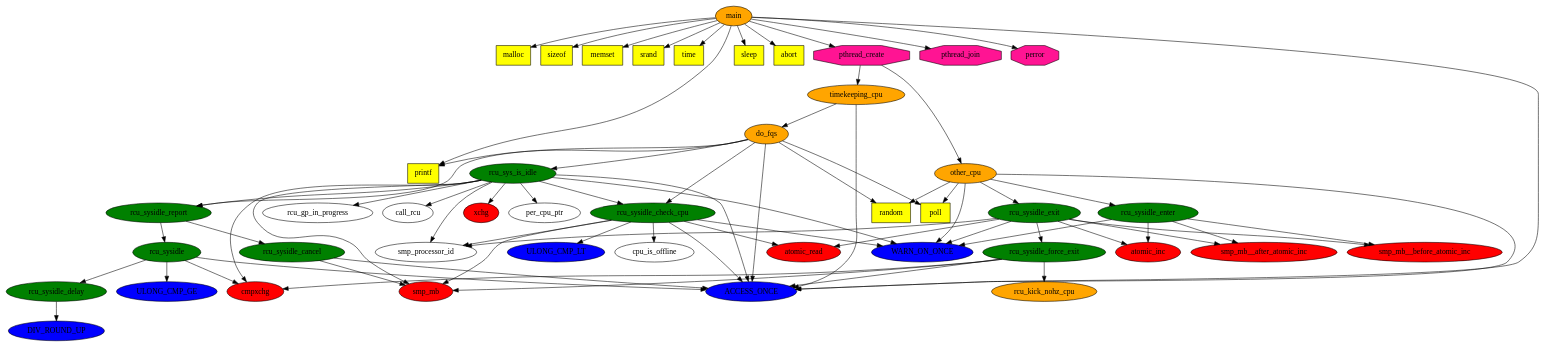
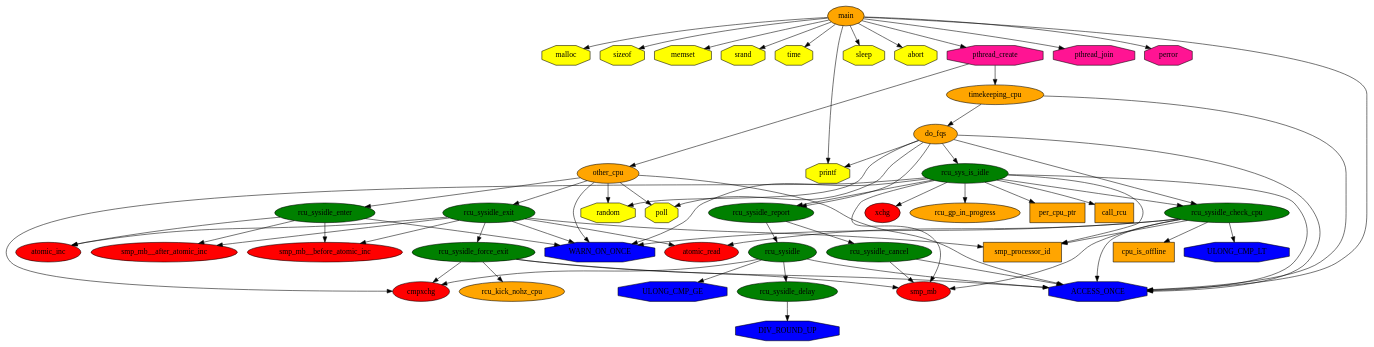
One commit to IanBriggs/Verification-Challenge-2-RCU-NO_HZ_FULL_SYSIDLE changed the diagram in src/sysidle/call_graph.dot. Above: the diagram before and after it, drawn with Graphviz.

Commit message:
coloring finished

```diff
--- a/src/sysidle/call_graph.dot
+++ b/src/sysidle/call_graph.dot
@@ -1,115 +1,123 @@
 digraph {
 
 
 // standard c calls
-{ node [shape=box style=filled fillcolor=yellow]
+{ node [shape=octagon style=filled fillcolor=yellow]
     malloc
     sizeof
     memset
     srand
     time 
     printf
     sleep
     abort
     printf
     random
     poll
 }
 
 // pthread calls
 { node [shape=octagon style=filled fillcolor=deeppink]
     pthread_create
     pthread_join
     perror
 }
 
 // kernel programming calls
-{ node [shape=oval style=filled fillcolor=blue]
+{ node [shape=octagon style=filled fillcolor=blue]
     ACCESS_ONCE
     WARN_ON_ONCE
     ULONG_CMP_LT
     ULONG_CMP_GE
     DIV_ROUND_UP
 }
 
-// testing code calls
+// sysidle.c
 { node [shape=oval style=filled fillcolor=orange]
     main
     timekeeping_cpu
     other_cpu
     do_fqs
     rcu_kick_nohz_cpu
+    rcu_gp_in_progress
 }
+
+// fake.h
+{ node [shape=box style=filled fillcolor=orange]
+    per_cpu_ptr
+    call_rcu
+    cpu_is_offline
+    smp_processor_id
+ }
 
 // sysidle (proper) calls
 { node [shape=oval style=filled fillcolor=green]
     rcu_sys_is_idle
     rcu_sysidle_check_cpu
     rcu_sysidle_report
     rcu_sysidle_enter
     rcu_sysidle_exit
     rcu_sysidle_force_exit
     rcu_sysidle
     rcu_sysidle_cancel
     rcu_sysidle_delay
 }
 
 // assembly/gcc builtin calls
 { node [shape=oval style=filled fillcolor=red]
-   smp_mb
-   xchg
-   cmpxchg
-   smp_mb__before_atomic_inc
-   atomic_inc 
-   smp_mb__after_atomic_inc
-   atomic_read
+    cmpxchg
+    smp_mb__before_atomic_inc
+    atomic_inc 
+    smp_mb__after_atomic_inc
+    atomic_read
+    smp_mb
+    xchg
 }
 
 // sysidle.c
 main -> {malloc sizeof memset srand time printf pthread_create sleep ACCESS_ONCE
          pthread_join perror abort printf}
 
 pthread_create -> {timekeeping_cpu other_cpu}
 
 timekeeping_cpu -> {ACCESS_ONCE do_fqs}
 
 other_cpu -> {ACCESS_ONCE WARN_ON_ONCE poll rcu_sysidle_enter random 
               rcu_sysidle_exit}
 
 do_fqs -> {random poll rcu_sysidle_check_cpu ACCESS_ONCE rcu_sysidle_report 
            printf rcu_sys_is_idle }
 
 
 // sysidle.h
 rcu_sysidle_enter -> {WARN_ON_ONCE smp_mb__before_atomic_inc atomic_inc 
                       smp_mb__after_atomic_inc}
 
 rcu_sysidle_force_exit -> {ACCESS_ONCE cmpxchg rcu_kick_nohz_cpu smp_mb}
 
 rcu_sysidle_exit -> {WARN_ON_ONCE smp_mb__before_atomic_inc atomic_inc 
                       smp_mb__after_atomic_inc atomic_read smp_processor_id
                       rcu_sysidle_force_exit}
 
 rcu_sysidle_check_cpu -> {cpu_is_offline WARN_ON_ONCE smp_processor_id 
 		          atomic_read smp_mb ACCESS_ONCE ULONG_CMP_LT}
 
 
 
 
 rcu_sysidle_delay -> {DIV_ROUND_UP}
 
 rcu_sysidle -> {ACCESS_ONCE ULONG_CMP_GE rcu_sysidle_delay cmpxchg}
 
 rcu_sysidle_cancel -> {smp_mb ACCESS_ONCE}
 
 rcu_sysidle_report -> {rcu_sysidle rcu_sysidle_cancel}
 
 
 
 
 rcu_sys_is_idle -> {ACCESS_ONCE WARN_ON_ONCE smp_processor_id per_cpu_ptr 
                     rcu_sysidle_check_cpu rcu_sysidle_report cmpxchg smp_mb
                     rcu_gp_in_progress xchg call_rcu}
 
-
 }
```
